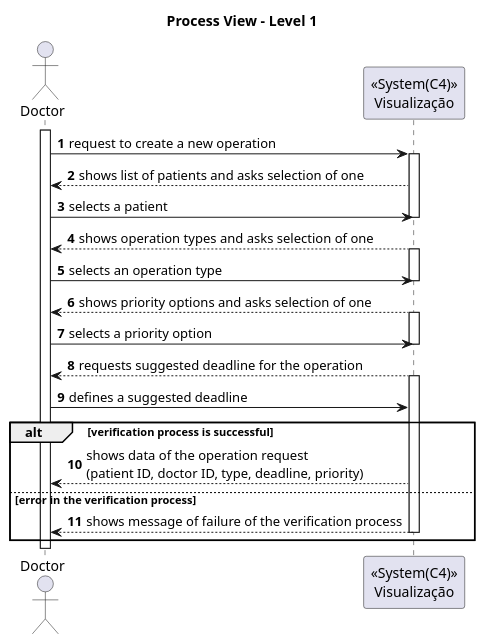
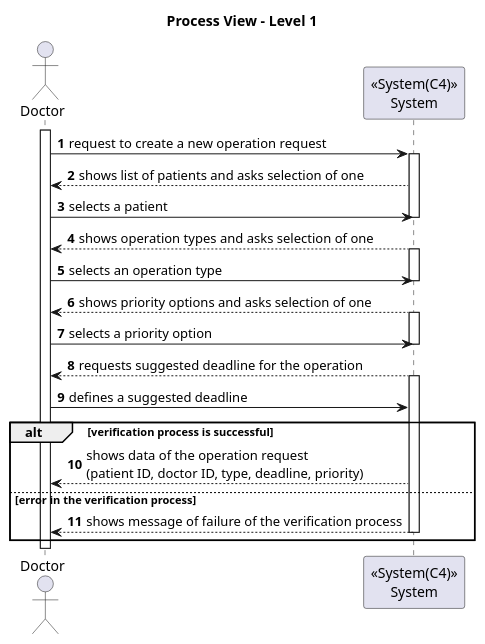
The diagram in Docs/SprintA/US16/level1/process_view.puml (Saquinho74/LAPR5), drawn with PlantUML before and after one commit.

Commit message:
#16 Level 1 from US16 updated

```diff
--- a/Docs/SprintA/US16/level1/process_view.puml
+++ b/Docs/SprintA/US16/level1/process_view.puml
@@ -1,63 +1,63 @@
 @startuml
 'https://plantuml.com/sequence-diagram
 
 autonumber
 actor Doctor as doc
-participant "<<System(C4)>>\nVisualização" as sys
+participant "<<System(C4)>>\nSystem" as sys
 title Process View - Level 1
 
 
 
 activate doc
 
-doc -> sys: request to create a new operation
+doc -> sys: request to create a new operation request
 
 activate sys
 
 sys --> doc: shows list of patients and asks selection of one
 doc -> sys: selects a patient
 
 deactivate sys
 
 sys --> doc: shows operation types and asks selection of one
 
 activate sys
 
 
 doc -> sys: selects an operation type
 deactivate sys
 
 
 sys --> doc: shows priority options and asks selection of one
 activate sys
 
 doc -> sys: selects a priority option
 
 deactivate sys
 
 
 sys --> doc: requests suggested deadline for the operation
 activate sys
 
 doc -> sys: defines a suggested deadline
 
 
 
 
 
 
 
 alt verification process is successful
 
   sys --> doc: shows data of the operation request \n(patient ID, doctor ID, type, deadline, priority)
 
 
 else error in the verification process
 
   sys --> doc: shows message of failure of the verification process
 
   deactivate sys
 
 end
 
 @enduml
```
